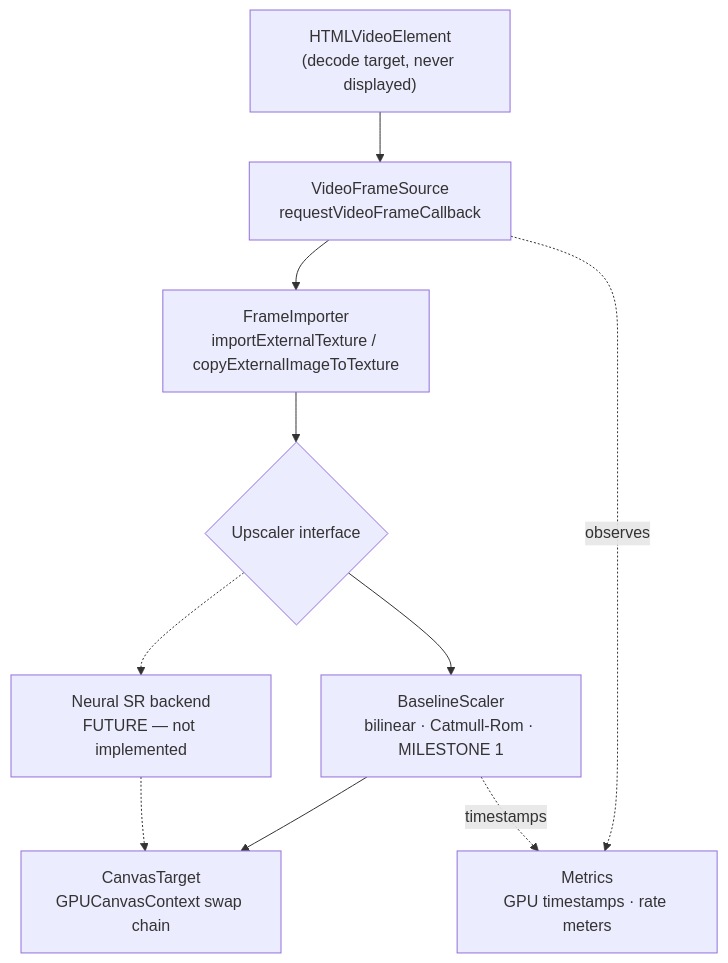
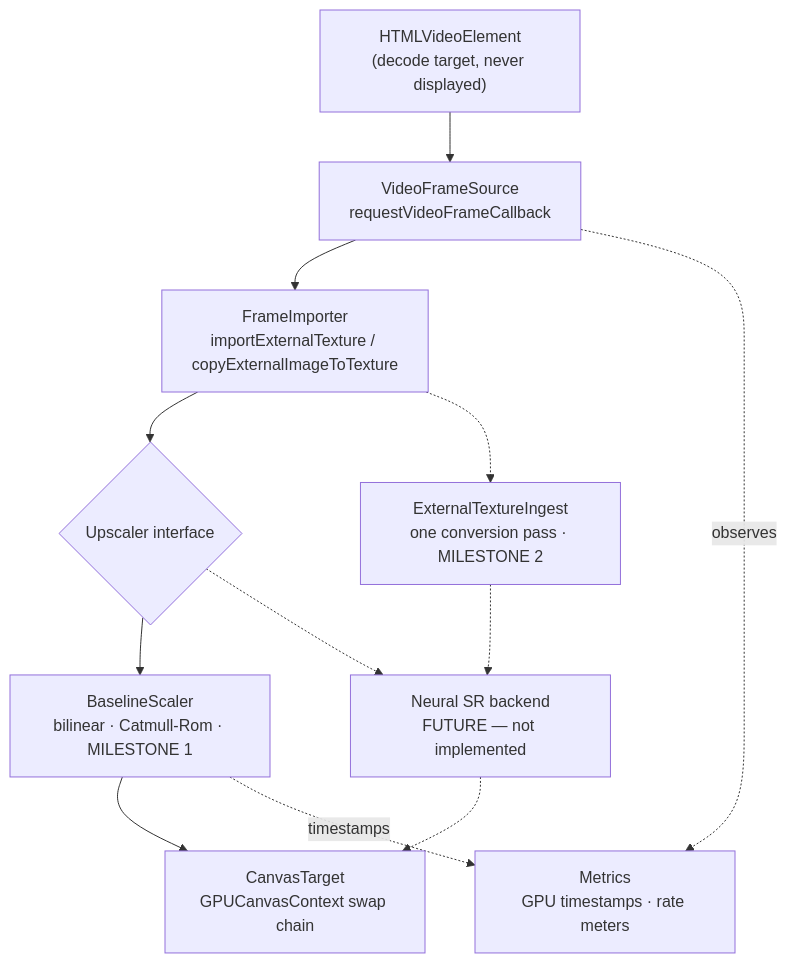
One commit to yassinsolim/AetherVSR changed the diagram in ARCHITECTURE.md. Above: the diagram before and after it, drawn with Mermaid. The commit also changed other lines of this file and 2 other files, not shown here.

First line of the commit message:
docs: record Milestone 2 outcome and define Milestone 3

````diff
--- a/ARCHITECTURE.md
+++ b/ARCHITECTURE.md
@@ -11,19 +11,23 @@
 ```mermaid
 flowchart TD
     V["HTMLVideoElement<br/>(decode target, never displayed)"]
     S["VideoFrameSource<br/>requestVideoFrameCallback"]
     I["FrameImporter<br/>importExternalTexture / copyExternalImageToTexture"]
     U{"Upscaler interface"}
     B["BaselineScaler<br/>bilinear · Catmull-Rom · MILESTONE 1"]
     N["Neural SR backend<br/>FUTURE — not implemented"]
     C["CanvasTarget<br/>GPUCanvasContext swap chain"]
     M["Metrics<br/>GPU timestamps · rate meters"]
 
+    G["ExternalTextureIngest<br/>one conversion pass · MILESTONE 2"]
+
     V --> S --> I --> U
     U --> B
+    I -.-> G
+    G -.-> N
     U -.-> N
     B --> C
     N -.-> C
     S -.observes.-> M
     B -.timestamps.-> M
 ```
````
